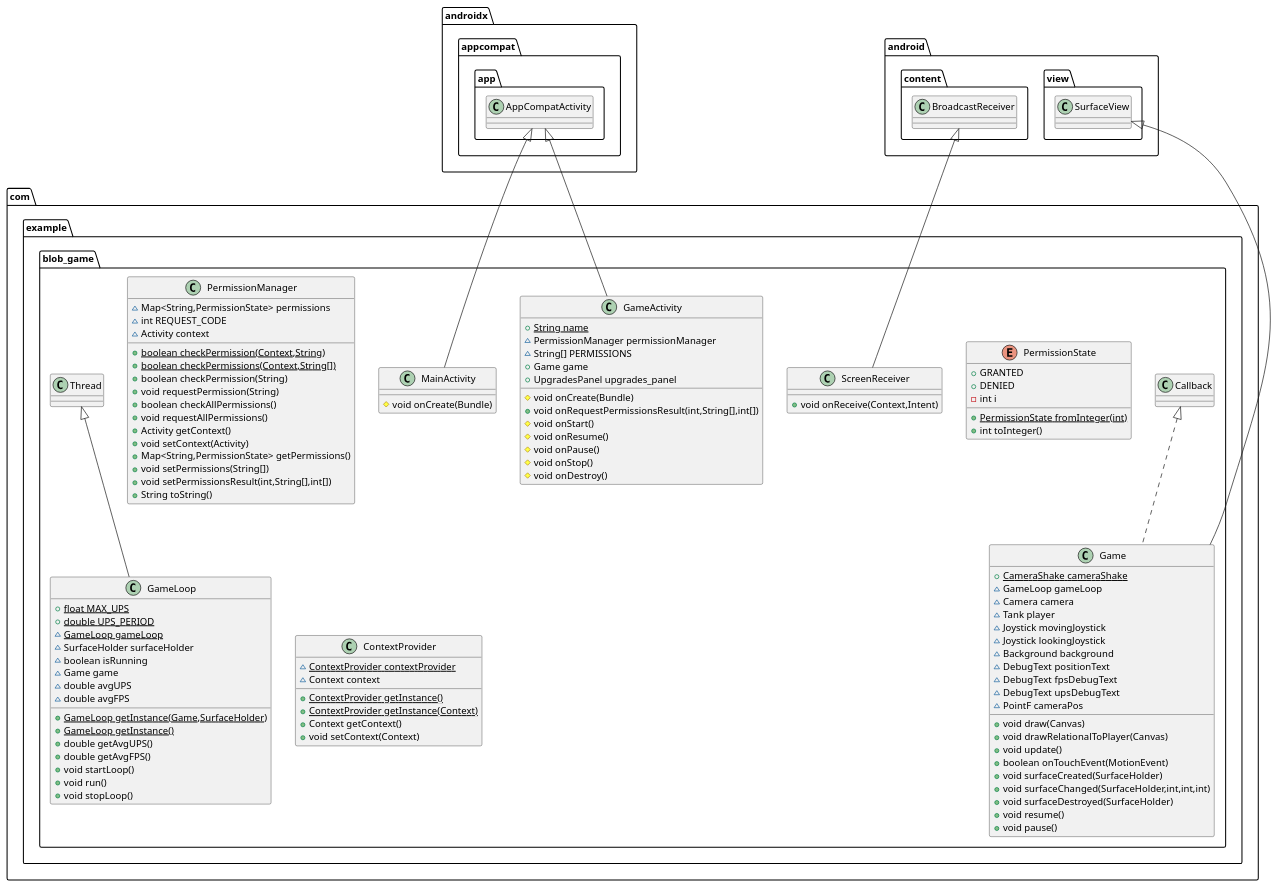
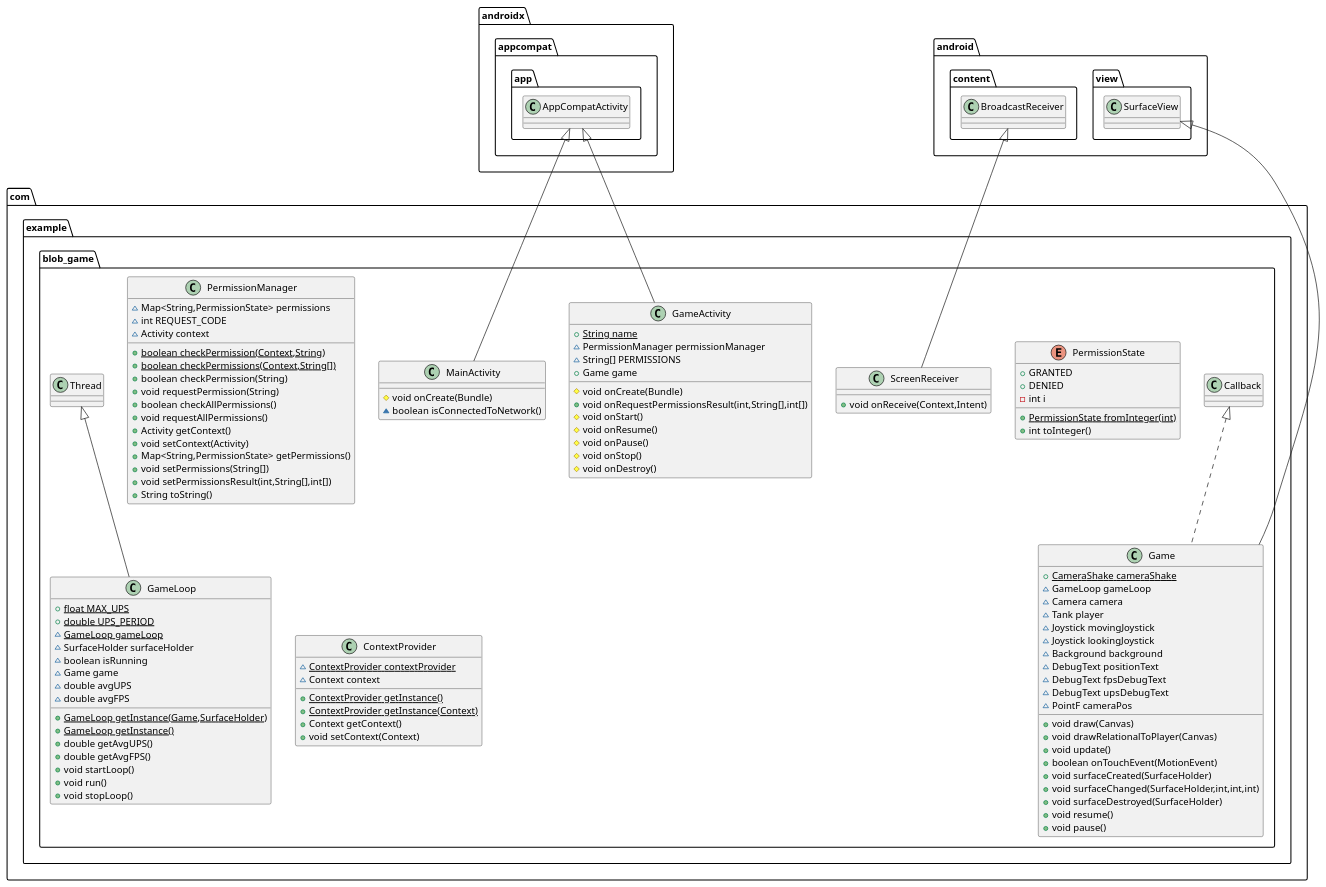
The diagram in Main.puml (AmitMT/blob-game), drawn with PlantUML before and after one commit. The commit also changed 9 other files, not shown here.

```diff
--- a/Main.puml
+++ b/Main.puml
@@ -1,101 +1,101 @@
 @startuml
 class com.example.blob_game.PermissionManager {
 ~ Map<String,PermissionState> permissions
 ~ int REQUEST_CODE
 ~ Activity context
 + {static} boolean checkPermission(Context,String)
 + {static} boolean checkPermissions(Context,String[])
 + boolean checkPermission(String)
 + void requestPermission(String)
 + boolean checkAllPermissions()
 + void requestAllPermissions()
 + Activity getContext()
 + void setContext(Activity)
 + Map<String,PermissionState> getPermissions()
 + void setPermissions(String[])
 + void setPermissionsResult(int,String[],int[])
 + String toString()
 }
 enum com.example.blob_game.PermissionState {
 +  GRANTED
 +  DENIED
 - int i
 + {static} PermissionState fromInteger(int)
 + int toInteger()
 }
 class com.example.blob_game.ContextProvider {
 ~ {static} ContextProvider contextProvider
 ~ Context context
 + {static} ContextProvider getInstance()
 + {static} ContextProvider getInstance(Context)
 + Context getContext()
 + void setContext(Context)
 }
 class com.example.blob_game.GameLoop {
 + {static} float MAX_UPS
 + {static} double UPS_PERIOD
 ~ {static} GameLoop gameLoop
 ~ SurfaceHolder surfaceHolder
 ~ boolean isRunning
 ~ Game game
 ~ double avgUPS
 ~ double avgFPS
 + {static} GameLoop getInstance(Game,SurfaceHolder)
 + {static} GameLoop getInstance()
 + double getAvgUPS()
 + double getAvgFPS()
 + void startLoop()
 + void run()
 + void stopLoop()
 }
 class com.example.blob_game.GameActivity {
 + {static} String name
 ~ PermissionManager permissionManager
 ~ String[] PERMISSIONS
 + Game game
-+ UpgradesPanel upgrades_panel
 # void onCreate(Bundle)
 + void onRequestPermissionsResult(int,String[],int[])
 # void onStart()
 # void onResume()
 # void onPause()
 # void onStop()
 # void onDestroy()
 }
 class com.example.blob_game.ScreenReceiver {
 + void onReceive(Context,Intent)
 }
 class com.example.blob_game.Game {
 + {static} CameraShake cameraShake
 ~ GameLoop gameLoop
 ~ Camera camera
 ~ Tank player
 ~ Joystick movingJoystick
 ~ Joystick lookingJoystick
 ~ Background background
 ~ DebugText positionText
 ~ DebugText fpsDebugText
 ~ DebugText upsDebugText
 ~ PointF cameraPos
 + void draw(Canvas)
 + void drawRelationalToPlayer(Canvas)
 + void update()
 + boolean onTouchEvent(MotionEvent)
 + void surfaceCreated(SurfaceHolder)
 + void surfaceChanged(SurfaceHolder,int,int,int)
 + void surfaceDestroyed(SurfaceHolder)
 + void resume()
 + void pause()
 }
 class com.example.blob_game.MainActivity {
 # void onCreate(Bundle)
+~ boolean isConnectedToNetwork()
 }
 
 
 com.example.blob_game.Thread <|-- com.example.blob_game.GameLoop
 androidx.appcompat.app.AppCompatActivity <|-- com.example.blob_game.GameActivity
 android.content.BroadcastReceiver <|-- com.example.blob_game.ScreenReceiver
 com.example.blob_game.Callback <|.. com.example.blob_game.Game
 android.view.SurfaceView <|-- com.example.blob_game.Game
 androidx.appcompat.app.AppCompatActivity <|-- com.example.blob_game.MainActivity
 @enduml
```
